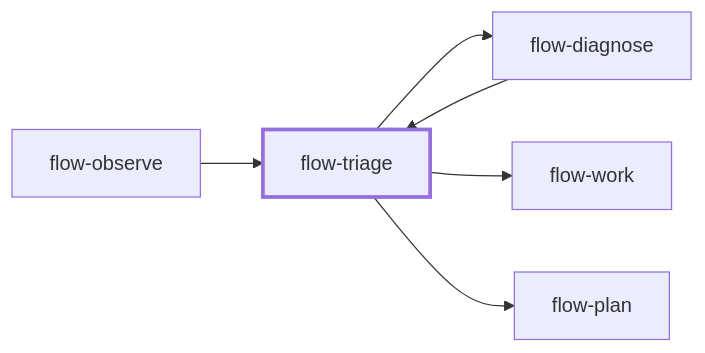
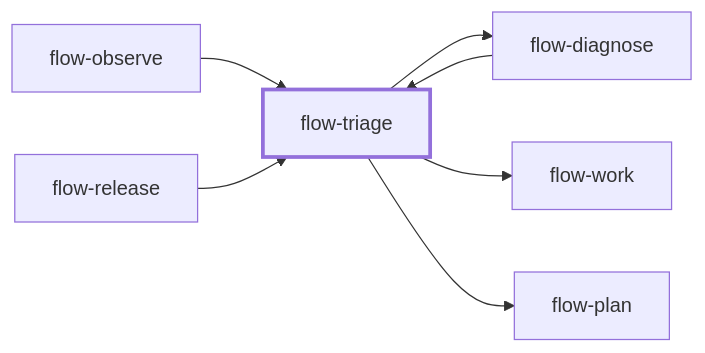
Before and after one commit to emiliodominguez/flow-skills: the diagram in docs/skills/flow-triage.md, drawn with Mermaid. The commit also changed 14 other files, not shown here.

````diff
--- a/docs/skills/flow-triage.md
+++ b/docs/skills/flow-triage.md
@@ -9,15 +9,17 @@
 ```mermaid
 flowchart LR
   flow_triage["flow-triage"]
   flow_diagnose["flow-diagnose"]
   flow_observe["flow-observe"]
+  flow_release["flow-release"]
   flow_work["flow-work"]
   flow_plan["flow-plan"]
   flow_diagnose --> flow_triage
   flow_observe --> flow_triage
+  flow_release --> flow_triage
   flow_triage --> flow_diagnose
   flow_triage --> flow_work
   flow_triage --> flow_plan
   classDef focus stroke-width:3px
   class flow_triage focus
 ```
````
